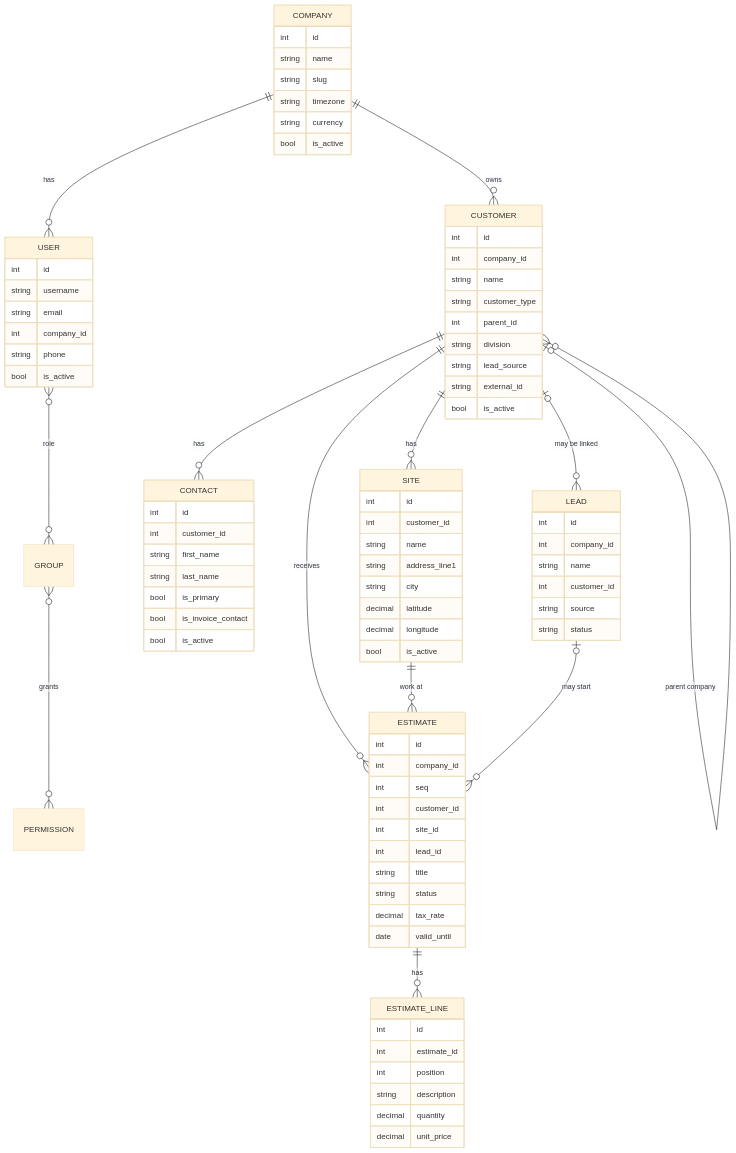
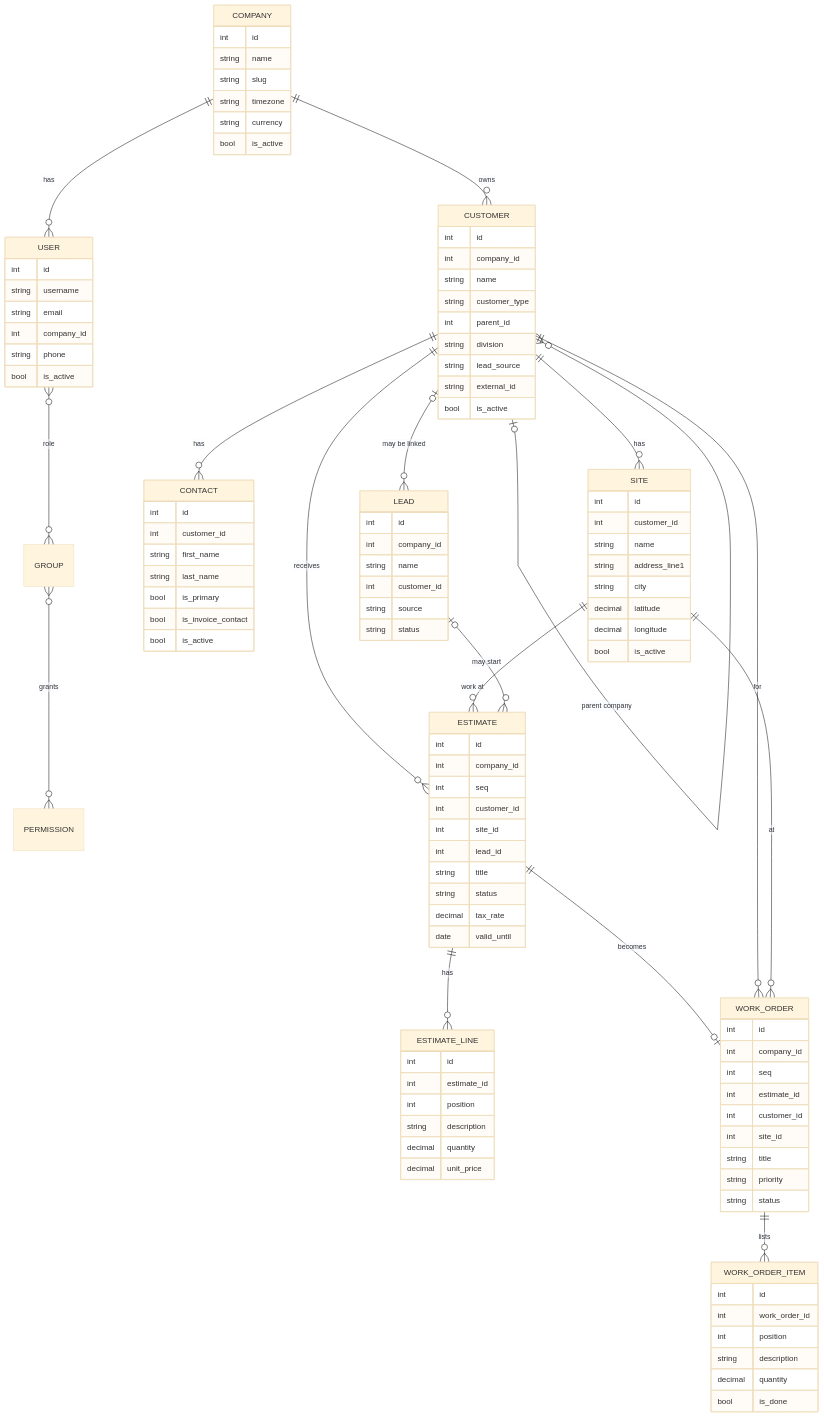
The diagram in docs/data-model.md (phanin/crewvia-docs), drawn with Mermaid (base theme) before and after one commit. The commit also changed other lines of this file and 7 other files, not shown here.

```diff
--- a/docs/data-model.md
+++ b/docs/data-model.md
@@ -16,6 +16,10 @@
     SITE ||--o{ ESTIMATE : "work at"
     LEAD |o--o{ ESTIMATE : "may start"
     ESTIMATE ||--o{ ESTIMATE_LINE : "has"
+    ESTIMATE ||--o| WORK_ORDER : "becomes"
+    WORK_ORDER ||--o{ WORK_ORDER_ITEM : "lists"
+    CUSTOMER ||--o{ WORK_ORDER : "for"
+    SITE ||--o{ WORK_ORDER : "at"
 
     LEAD {
         int id
@@ -44,6 +48,25 @@
         string description
         decimal quantity
         decimal unit_price
+    }
+    WORK_ORDER {
+        int id
+        int company_id
+        int seq
+        int estimate_id
+        int customer_id
+        int site_id
+        string title
+        string priority
+        string status
+    }
+    WORK_ORDER_ITEM {
+        int id
+        int work_order_id
+        int position
+        string description
+        decimal quantity
+        bool is_done
     }
     COMPANY {
         int id
```
